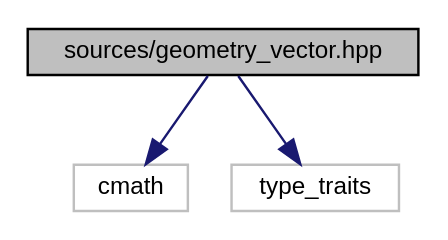
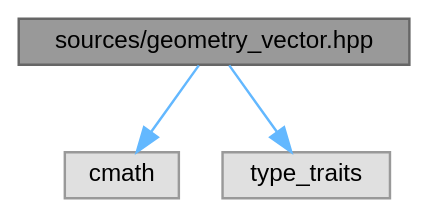
Before and after one commit to eliogovea/dev-env-cpp: the diagram in dev/documentation/geometry__vector_8hpp__incl.dot, drawn with Graphviz. The commit also changed 247 other files, not shown here.

```diff
--- a/dev/documentation/geometry__vector_8hpp__incl.dot
+++ b/dev/documentation/geometry__vector_8hpp__incl.dot
@@ -1,11 +1,12 @@
 digraph "sources/geometry_vector.hpp"
 {
  // LATEX_PDF_SIZE
-  edge [fontname="Helvetica",fontsize="10",labelfontname="Helvetica",labelfontsize="10"];
-  node [fontname="Helvetica",fontsize="10",shape=record];
-  Node1 [label="sources/geometry_vector.hpp",height=0.2,width=0.4,color="black", fillcolor="grey75", style="filled", fontcolor="black",tooltip=" "];
-  Node1 -> Node2 [color="midnightblue",fontsize="10",style="solid",fontname="Helvetica"];
-  Node2 [label="cmath",height=0.2,width=0.4,color="grey75", fillcolor="white", style="filled",tooltip=" "];
-  Node1 -> Node3 [color="midnightblue",fontsize="10",style="solid",fontname="Helvetica"];
-  Node3 [label="type_traits",height=0.2,width=0.4,color="grey75", fillcolor="white", style="filled",tooltip=" "];
+  bgcolor="transparent";
+  edge [fontname=Helvetica,fontsize=10,labelfontname=Helvetica,labelfontsize=10];
+  node [fontname=Helvetica,fontsize=10,shape=box,height=0.2,width=0.4];
+  Node1 [id="Node000001",label="sources/geometry_vector.hpp",height=0.2,width=0.4,color="gray40", fillcolor="grey60", style="filled", fontcolor="black",tooltip=" "];
+  Node1 -> Node2 [id="edge1_Node000001_Node000002",color="steelblue1",style="solid",tooltip=" "];
+  Node2 [id="Node000002",label="cmath",height=0.2,width=0.4,color="grey60", fillcolor="#E0E0E0", style="filled",tooltip=" "];
+  Node1 -> Node3 [id="edge2_Node000001_Node000003",color="steelblue1",style="solid",tooltip=" "];
+  Node3 [id="Node000003",label="type_traits",height=0.2,width=0.4,color="grey60", fillcolor="#E0E0E0", style="filled",tooltip=" "];
 }
```
